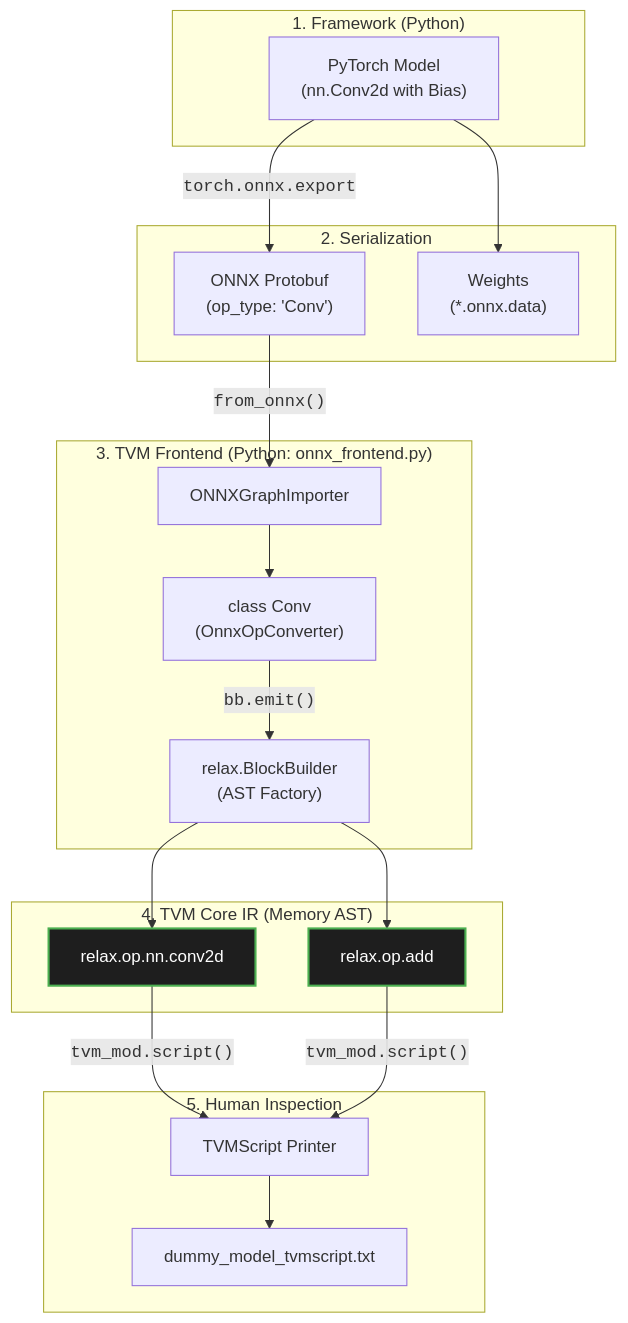
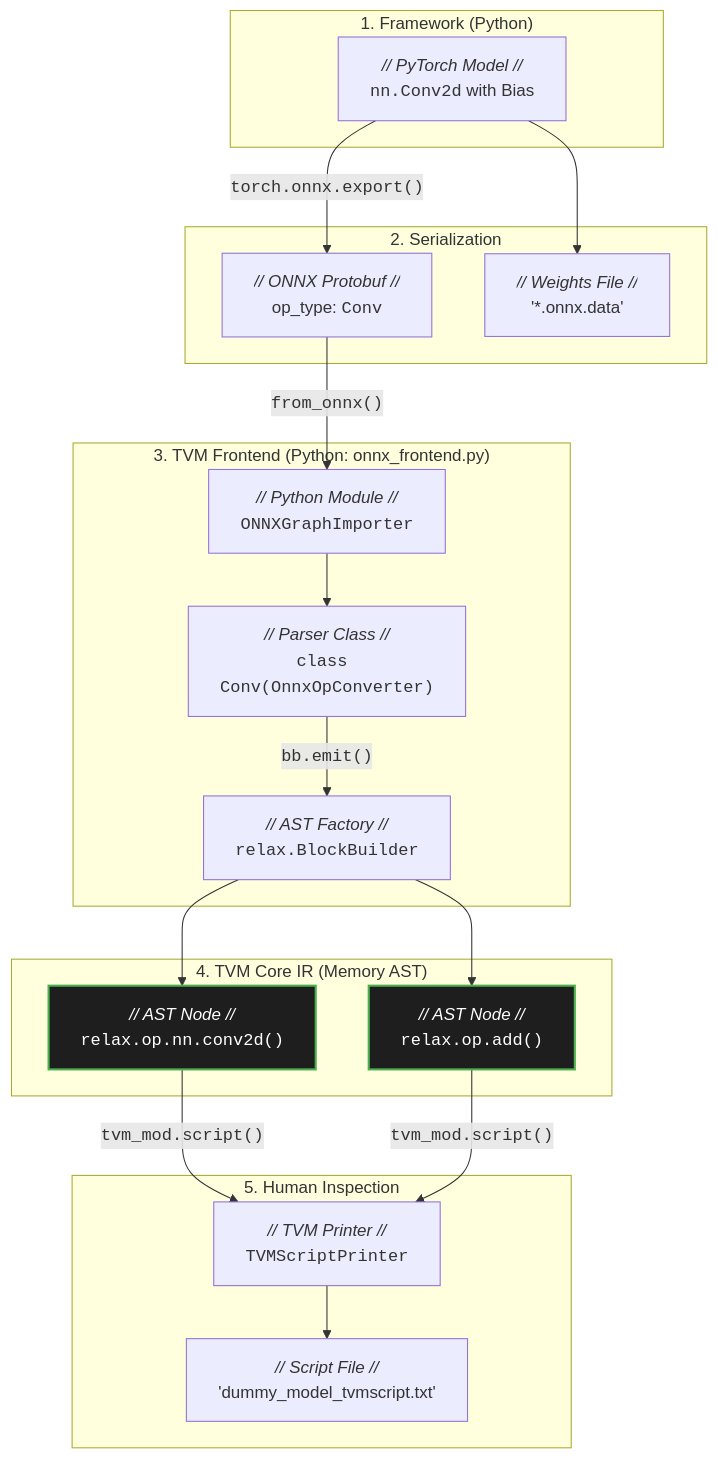
One commit to keytech42/tvm-deep-dive changed the first of 3 diagrams in docs/notes/02_frontend_parsing_and_ast.md. Above: the diagram before and after it, drawn with Mermaid. The commit also changed other lines of this file, not shown here.

Commit message:
docs: enhance semantic clarity of AST parsing diagrams

````diff
--- a/docs/notes/02_frontend_parsing_and_ast.md
+++ b/docs/notes/02_frontend_parsing_and_ast.md
@@ -11,41 +11,41 @@
 ```mermaid
 flowchart TD
     subgraph "1. Framework (Python)"
-        PT["PyTorch Model<br>(nn.Conv2d with Bias)"]
+        PT["<i>// PyTorch Model //</i><br><code>nn.Conv2d</code> with Bias"]
     end
 
     subgraph "2. Serialization"
-        ONNX["ONNX Protobuf<br>(op_type: 'Conv')"]
-        ONNX_Data["Weights<br>(*.onnx.data)"]
+        ONNX["<i>// ONNX Protobuf //</i><br>op_type: <code>Conv</code>"]
+        ONNX_Data["<i>// Weights File //</i><br>'*.onnx.data'"]
     end
 
     subgraph "3. TVM Frontend (Python: onnx_frontend.py)"
-        Importer["ONNXGraphImporter"]
-        BB["relax.BlockBuilder<br>(AST Factory)"]
-        Parser["class Conv<br>(OnnxOpConverter)"]
+        Importer["<i>// Python Module //</i><br><code>ONNXGraphImporter</code>"]
+        BB["<i>// AST Factory //</i><br><code>relax.BlockBuilder</code>"]
+        Parser["<i>// Parser Class //</i><br><code>class Conv(OnnxOpConverter)</code>"]
     end
 
     subgraph "4. TVM Core IR (Memory AST)"
-        AST_Conv["relax.op.nn.conv2d"]
-        AST_Add["relax.op.add"]
+        AST_Conv["<i>// AST Node //</i><br><code>relax.op.nn.conv2d()</code>"]
+        AST_Add["<i>// AST Node //</i><br><code>relax.op.add()</code>"]
     end
     
     subgraph "5. Human Inspection"
-        Printer["TVMScript Printer"]
-        TXT["dummy_model_tvmscript.txt"]
+        Printer["<i>// TVM Printer //</i><br><code>TVMScriptPrinter</code>"]
+        TXT["<i>// Script File //</i><br>'dummy_model_tvmscript.txt'"]
     end
 
-    PT -->|"<code>torch.onnx.export</code>"| ONNX
+    PT -->|"<code>torch.onnx.export()</code>"| ONNX
     PT --> ONNX_Data
     ONNX -->|"<code>from_onnx()</code>"| Importer
     Importer --> Parser
     Parser -->|"<code>bb.emit()</code>"| BB
     BB --> AST_Conv
     BB --> AST_Add
     AST_Conv -->|"<code>tvm_mod.script()</code>"| Printer
     AST_Add -->|"<code>tvm_mod.script()</code>"| Printer
     Printer --> TXT
     
     classDef memory fill:#1e1e1e,stroke:#4caf50,stroke-width:2px,color:#fff;
     class AST_Conv,AST_Add memory;
 ```
````
